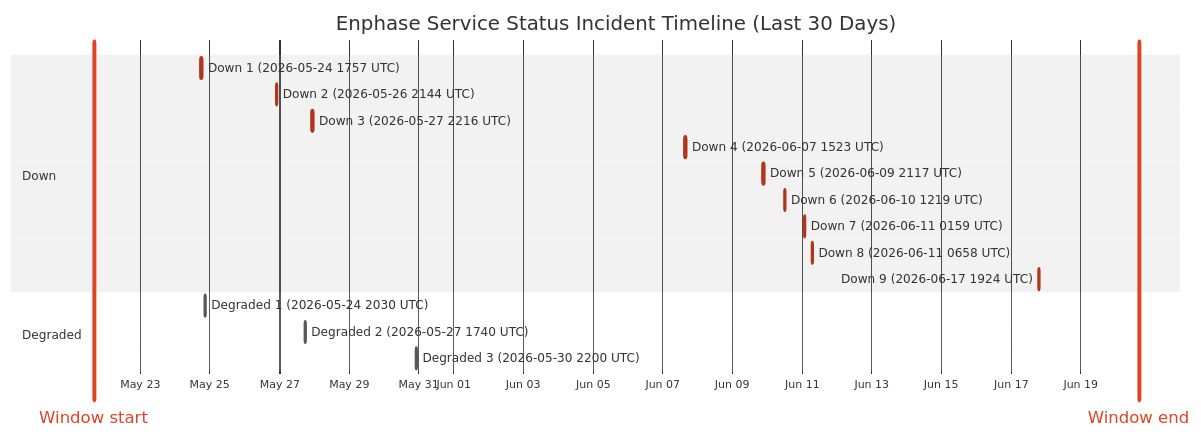
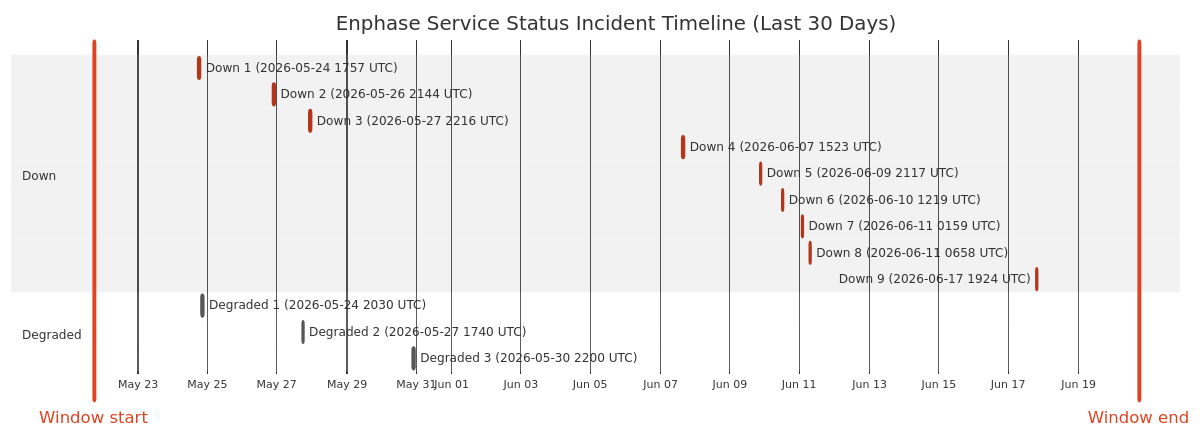
The diagram in wiki/Service-Status-History.md (barneyonline/ha-enphase-energy), drawn with Mermaid (neutral theme) before and after one commit. The commit also changed other lines of this file and 3 other files, not shown here.

````diff
--- a/wiki/Service-Status-History.md
+++ b/wiki/Service-Status-History.md
@@ -14,22 +14,22 @@
 ```mermaid
 gantt
     title Enphase Service Status Incident Timeline (Last 30 Days)
     dateFormat  YYYY-MM-DDTHH:mm:ss
     axisFormat  %b %d
-    Window start :vert, window-start, 2026-05-21T16:16:04, 0ms
-    Window end :vert, window-end, 2026-06-20T16:16:04, 0ms
+    Window start :vert, window-start, 2026-05-21T17:54:00, 0ms
+    Window end :vert, window-end, 2026-06-20T17:54:00, 0ms
     section Down
     Down 1 (2026-05-24 1757 UTC) :crit, down-1, 2026-05-24T17:57:41, 86m
     Down 2 (2026-05-26 2144 UTC) :crit, down-2, 2026-05-26T21:44:11, 85m
     Down 3 (2026-05-27 2216 UTC) :crit, down-3, 2026-05-27T22:16:53, 87m
     Down 4 (2026-06-07 1523 UTC) :crit, down-4, 2026-06-07T15:23:22, 87m
     Down 5 (2026-06-09 2117 UTC) :crit, down-5, 2026-06-09T21:17:17, 60m
     Down 6 (2026-06-10 1219 UTC) :crit, down-6, 2026-06-10T12:19:21, 60m
     Down 7 (2026-06-11 0159 UTC) :crit, down-7, 2026-06-11T01:59:36, 60m
     Down 8 (2026-06-11 0658 UTC) :crit, down-8, 2026-06-11T06:58:45, 60m
     Down 9 (2026-06-17 1924 UTC) :crit, down-9, 2026-06-17T19:24:51, 60m
     section Degraded
     Degraded 1 (2026-05-24 2030 UTC) :active, degraded-1, 2026-05-24T20:30:57, 84m
     Degraded 2 (2026-05-27 1740 UTC) :active, degraded-2, 2026-05-27T17:40:52, 60m
     Degraded 3 (2026-05-30 2200 UTC) :active, degraded-3, 2026-05-30T22:00:37, 60m
 ```
````
